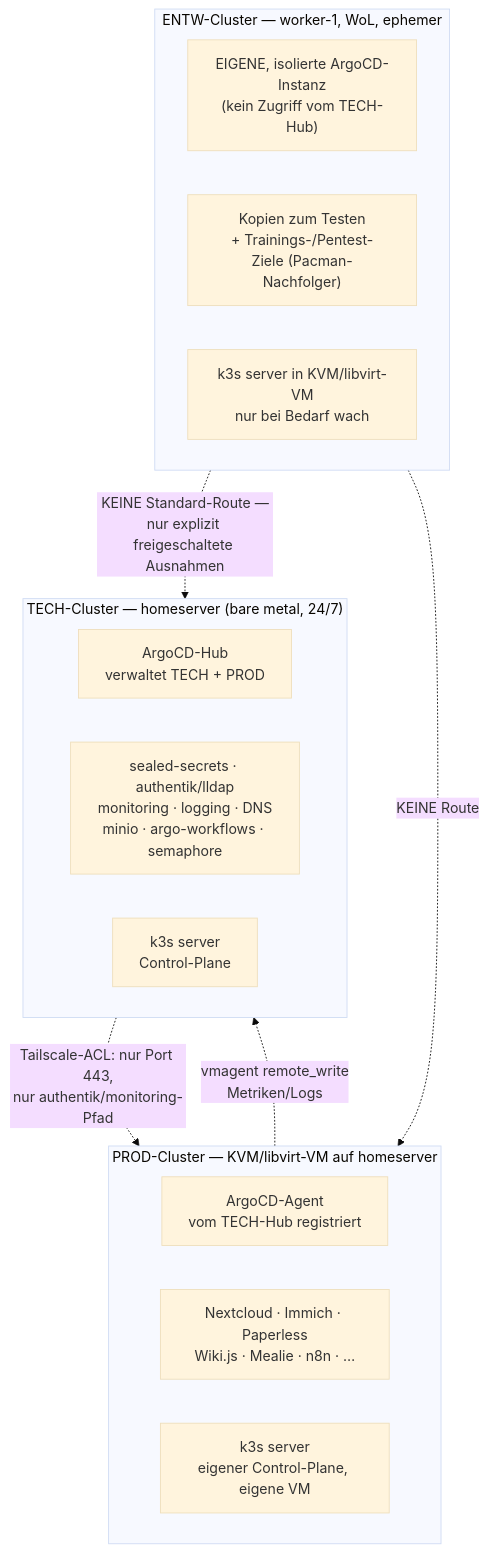
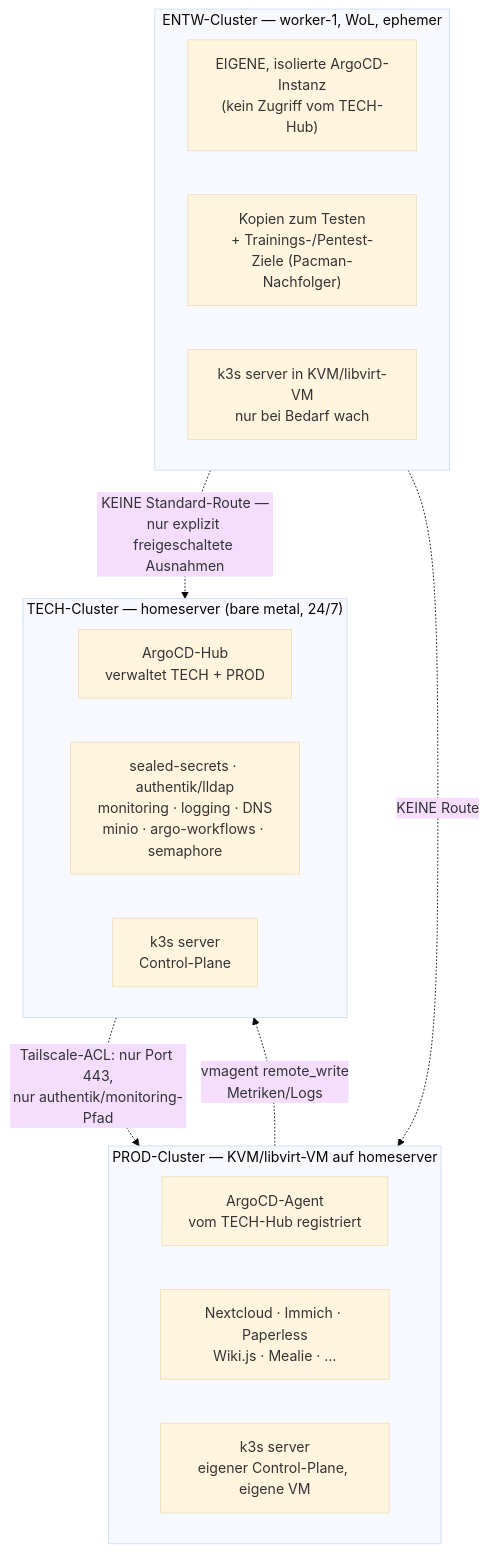
Before and after one commit to pkr-lab/capulus-core: the first of 3 diagrams in docs/4-planung/40080-multi-cluster-entw-prod-tech.md, drawn with Mermaid (base theme). The commit also changed other lines of this file, not shown here.

````diff
--- a/docs/4-planung/40080-multi-cluster-entw-prod-tech.md
+++ b/docs/4-planung/40080-multi-cluster-entw-prod-tech.md
@@ -137,28 +137,28 @@
 ```mermaid
 flowchart TB
     subgraph TECH["TECH-Cluster — homeserver (bare metal, 24/7)"]
         direction LR
         T1["ArgoCD-Hub<br/>verwaltet TECH + PROD"]
         T2["sealed-secrets · authentik/lldap<br/>monitoring · logging · DNS<br/>minio · argo-workflows · semaphore"]
         T3["k3s server<br/>Control-Plane"]
     end
 
     subgraph PROD["PROD-Cluster — KVM/libvirt-VM auf homeserver"]
         direction LR
         P1["ArgoCD-Agent<br/>vom TECH-Hub registriert"]
-        P2["Nextcloud · Immich · Paperless<br/>Wiki.js · Mealie · n8n · …"]
+        P2["Nextcloud · Immich · Paperless<br/>Wiki.js · Mealie · …"]
         P3["k3s server<br/>eigener Control-Plane, eigene VM"]
     end
 
     subgraph ENTW["ENTW-Cluster — worker-1, WoL, ephemer"]
         direction LR
         E1["EIGENE, isolierte ArgoCD-Instanz<br/>(kein Zugriff vom TECH-Hub)"]
         E2["Kopien zum Testen<br/>+ Trainings-/Pentest-Ziele (Pacman-Nachfolger)"]
         E3["k3s server in KVM/libvirt-VM<br/>nur bei Bedarf wach"]
     end
 
     TECH -.->|"Tailscale-ACL: nur Port 443,<br/>nur authentik/monitoring-Pfad"| PROD
     PROD -.->|"vmagent remote_write<br/>Metriken/Logs"| TECH
     ENTW -.->|"KEINE Standard-Route —<br/>nur explizit freigeschaltete Ausnahmen"| TECH
     ENTW -.->|"KEINE Route"| PROD
 ```
````
